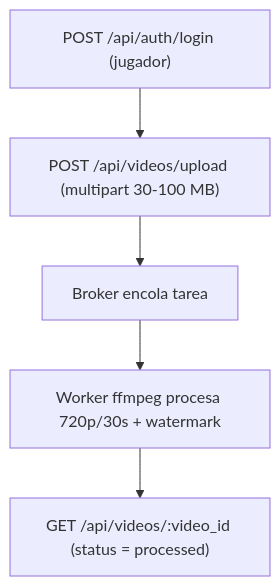
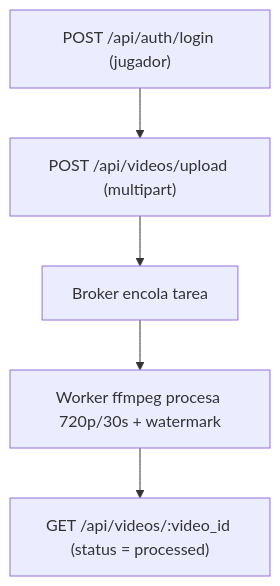
One commit to tatoand97/Sistema-de-Videos-y-Ranking changed the second of 2 diagrams in capacity-planning/README.md. Above: the diagram before and after it, drawn with Mermaid. The commit also changed other lines of this file and 39 other files, not shown here.

````diff
--- a/capacity-planning/README.md
+++ b/capacity-planning/README.md
@@ -92,7 +71,7 @@
 ```mermaid
 flowchart TD
-  A["POST /api/auth/login (jugador)"] --> B["POST /api/videos/upload (multipart 30-100 MB)"]
+  A["POST /api/auth/login (jugador)"] --> B["POST /api/videos/upload (multipart)"]
   B --> C["Broker encola tarea"]
   C --> D["Worker ffmpeg procesa 720p/30s + watermark"]
   D --> E["GET /api/videos/:video_id (status = processed)"]
 ```
````
